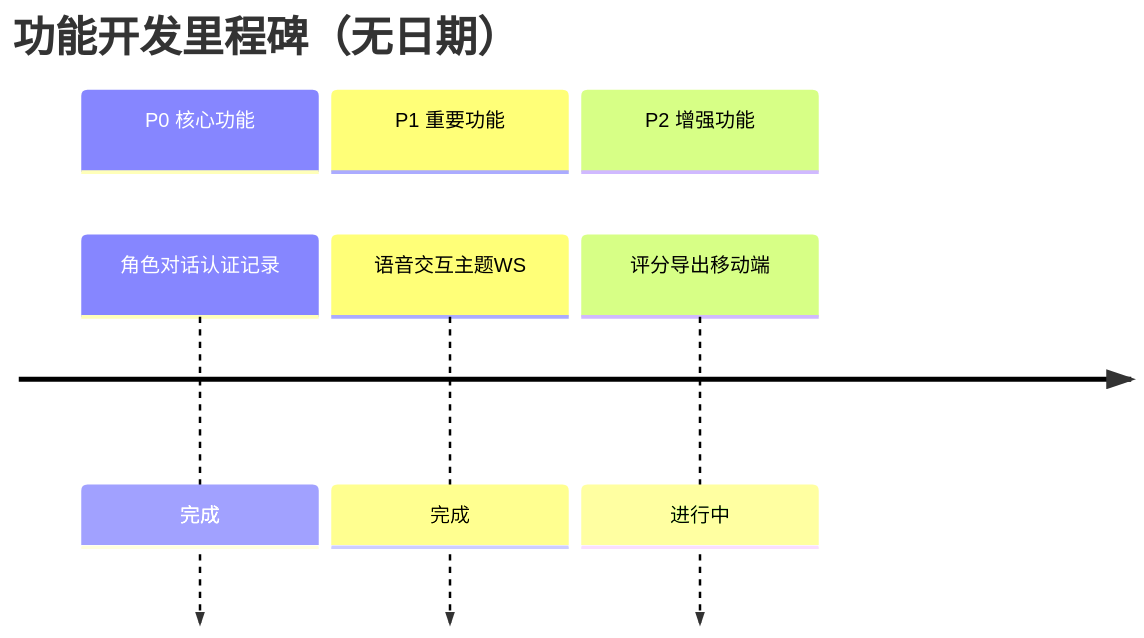
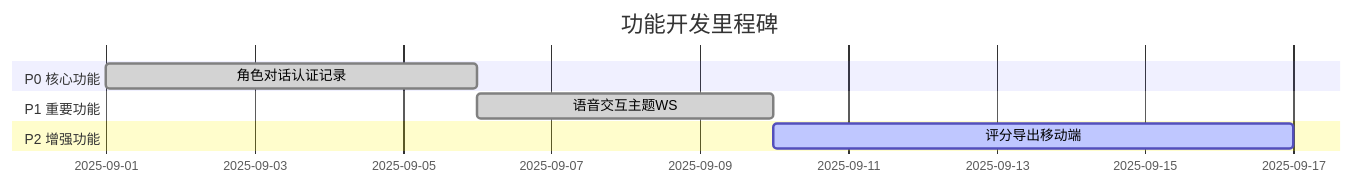
The third of 4 diagrams in README.md (echo-c-c/-demo), drawn with Mermaid before and after one commit.

````diff
--- a/README.md
+++ b/README.md
@@ -79,12 +79,19 @@
 ```mermaid
-timeline
-  title 功能开发里程碑（无日期）
+%%{init: { "themeCSS": ".grid .tick text{display:none} .grid .tick line{opacity:.15}" }}%%
+gantt
+  title 功能开发里程碑
+  dateFormat  YYYY-MM-DD
+  axisFormat  %Y-%m-%d
+
   section P0 核心功能
-    角色对话认证记录 : 完成
+  角色对话认证记录 :done,    p0a, 2025-09-01, 5d
+
   section P1 重要功能
-    语音交互主题WS : 完成
+  语音交互主题WS         :done,    p1a, after p0a, 4d
+
   section P2 增强功能
-    评分导出移动端 : 进行中
+  评分导出移动端         :active,  p2a, after p1a, 7d
+
 
 
 ```
````
